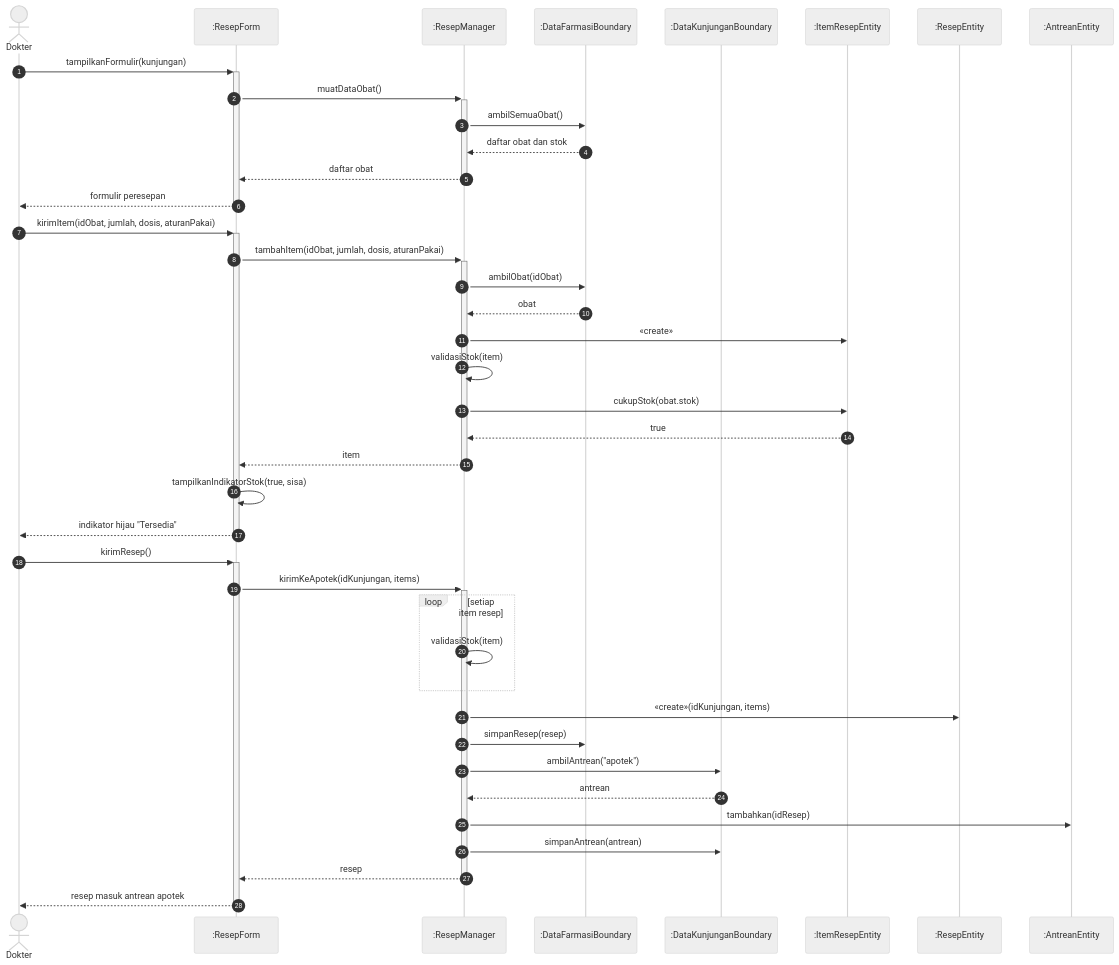
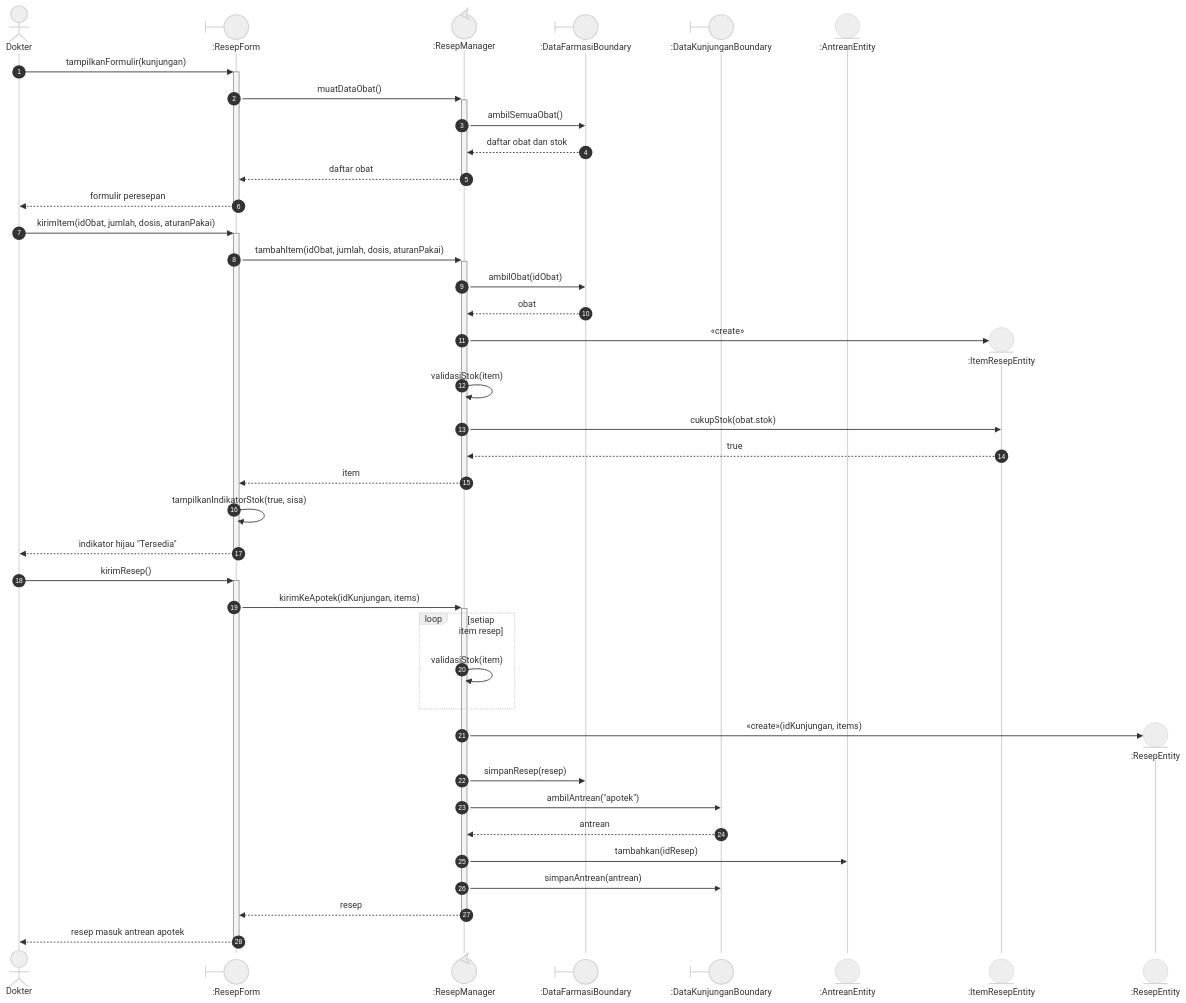
The diagram in docs/M7/assets/diagram/src/sequence-uc06-normal.mmd (angseleong/IF2150-RPL-K02-G09), drawn with Mermaid (neutral theme) before and after one commit. The commit also changed 59 other files, not shown here.

Commit message:
docs(m7): gambar ulang sequence UC01-UC06 dengan notasi BCE dan pangkas diagram kelas

```diff
--- a/docs/M7/assets/diagram/src/sequence-uc06-normal.mmd
+++ b/docs/M7/assets/diagram/src/sequence-uc06-normal.mmd
@@ -1,40 +1,40 @@
 sequenceDiagram
   autonumber
   actor A as Dokter
-  participant ResepForm as :ResepForm
-  participant ResepManager as :ResepManager
-  participant DataFarmasiBoundary as :DataFarmasiBoundary
-  participant DataKunjunganBoundary as :DataKunjunganBoundary
-  participant ItemResepEntity as :ItemResepEntity
-  participant ResepEntity as :ResepEntity
-  participant AntreanEntity as :AntreanEntity
+  participant ResepForm@{ "type": "boundary" } as :ResepForm
+  participant ResepManager@{ "type": "control" } as :ResepManager
+  participant DataFarmasiBoundary@{ "type": "boundary" } as :DataFarmasiBoundary
+  participant DataKunjunganBoundary@{ "type": "boundary" } as :DataKunjunganBoundary
+  participant AntreanEntity@{ "type": "entity" } as :AntreanEntity
   A->>+ResepForm: tampilkanFormulir(kunjungan)
   ResepForm->>+ResepManager: muatDataObat()
   ResepManager->>DataFarmasiBoundary: ambilSemuaObat()
   DataFarmasiBoundary-->>ResepManager: daftar obat dan stok
   ResepManager-->>-ResepForm: daftar obat
   ResepForm-->>-A: formulir peresepan
   A->>+ResepForm: kirimItem(idObat, jumlah, dosis, aturanPakai)
   ResepForm->>+ResepManager: tambahItem(idObat, jumlah, dosis, aturanPakai)
   ResepManager->>DataFarmasiBoundary: ambilObat(idObat)
   DataFarmasiBoundary-->>ResepManager: obat
+  create participant ItemResepEntity@{ "type": "entity" } as :ItemResepEntity
   ResepManager->>ItemResepEntity: «create»
   ResepManager->>ResepManager: validasiStok(item)
   ResepManager->>ItemResepEntity: cukupStok(obat.stok)
   ItemResepEntity-->>ResepManager: true
   ResepManager-->>-ResepForm: item
   ResepForm->>ResepForm: tampilkanIndikatorStok(true, sisa)
   ResepForm-->>-A: indikator hijau "Tersedia"
   A->>+ResepForm: kirimResep()
   ResepForm->>+ResepManager: kirimKeApotek(idKunjungan, items)
   loop setiap item resep
     ResepManager->>ResepManager: validasiStok(item)
   end
+  create participant ResepEntity@{ "type": "entity" } as :ResepEntity
   ResepManager->>ResepEntity: «create»(idKunjungan, items)
   ResepManager->>DataFarmasiBoundary: simpanResep(resep)
   ResepManager->>DataKunjunganBoundary: ambilAntrean("apotek")
   DataKunjunganBoundary-->>ResepManager: antrean
   ResepManager->>AntreanEntity: tambahkan(idResep)
   ResepManager->>DataKunjunganBoundary: simpanAntrean(antrean)
   ResepManager-->>-ResepForm: resep
   ResepForm-->>-A: resep masuk antrean apotek
```
